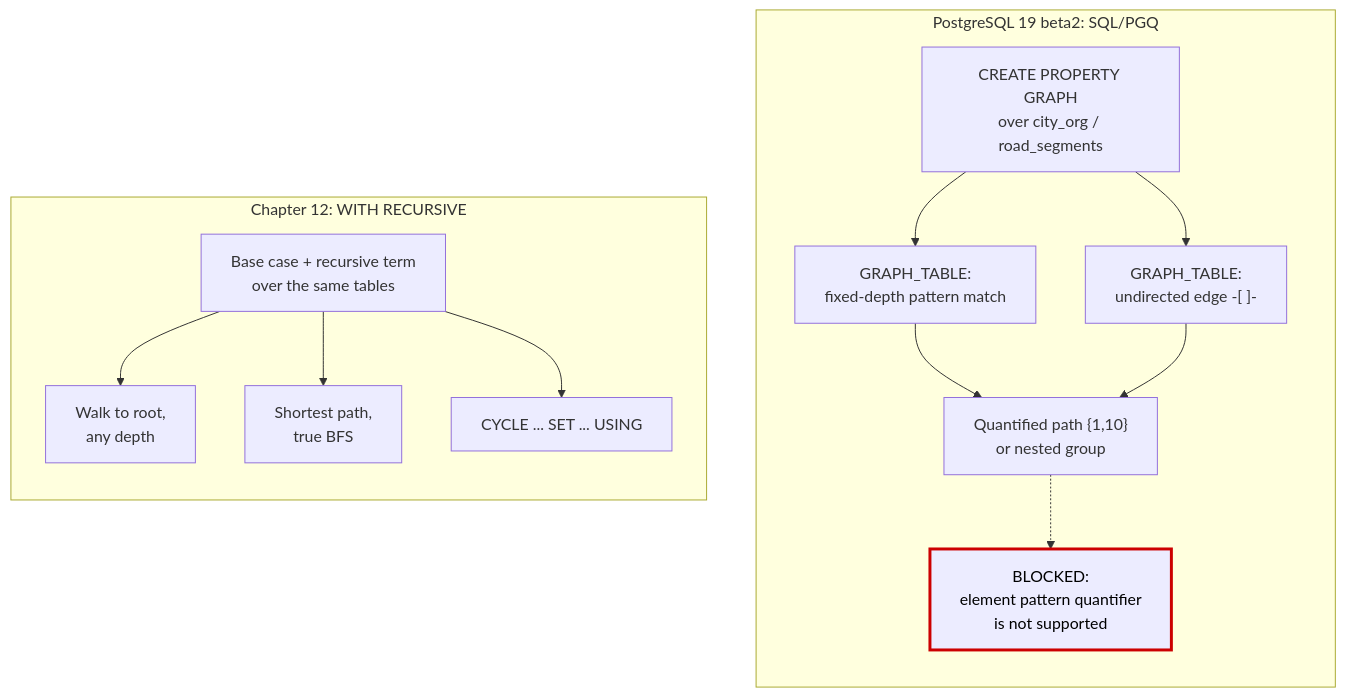
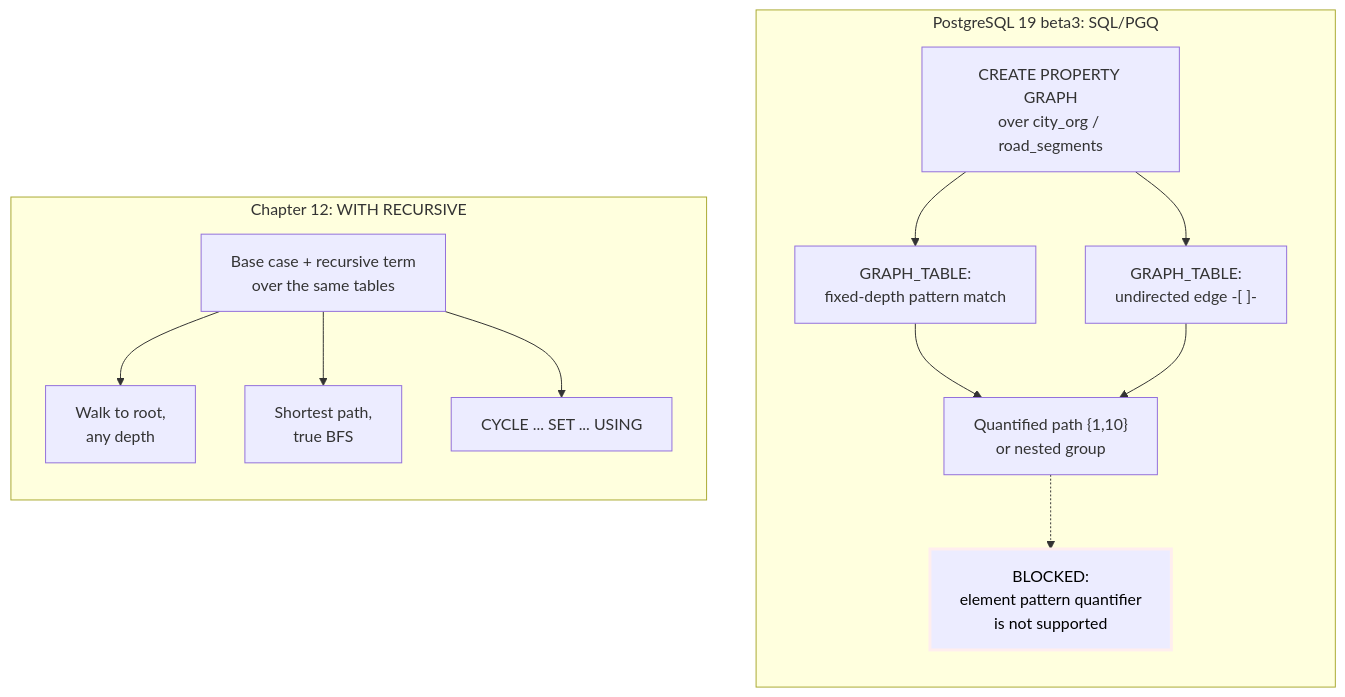
Before and after one commit to chrislee35/postgresql-beyond-relational-lab-book: the diagram in diagrams/ch21_query_model_wall.mmd, drawn with Mermaid. The commit also changed 39 other files, not shown here.

```diff
--- a/diagrams/ch21_query_model_wall.mmd
+++ b/diagrams/ch21_query_model_wall.mmd
@@ -1,28 +1,28 @@
 graph TB
-    subgraph PGQ["PostgreSQL 19 beta2: SQL/PGQ"]
+    subgraph PGQ["PostgreSQL 19 beta3: SQL/PGQ"]
         direction TB
         P1["CREATE PROPERTY GRAPH<br/>over city_org / road_segments"]
         P2["GRAPH_TABLE:<br/>fixed-depth pattern match"]
         P3["GRAPH_TABLE:<br/>undirected edge -[ ]-"]
         P4["Quantified path {1,10}<br/>or nested group"]
         P1 --> P2
         P1 --> P3
         P2 --> P4
         P3 --> P4
         PBLOCK["BLOCKED:<br/>element pattern quantifier<br/>is not supported"]
         P4 -.-> PBLOCK
     end
 
     subgraph CTE["Chapter 12: WITH RECURSIVE"]
         direction TB
         C1["Base case + recursive term<br/>over the same tables"]
         C2["Walk to root,<br/>any depth"]
         C3["Shortest path,<br/>true BFS"]
         C4["CYCLE ... SET ... USING"]
         C1 --> C2
         C1 --> C3
         C1 --> C4
     end
 
-    classDef blocked stroke:#c00,stroke-width:3px,color:#000
+    classDef blocked stroke:#fee,stroke-width:3px,color:#000
     class PBLOCK blocked
```
